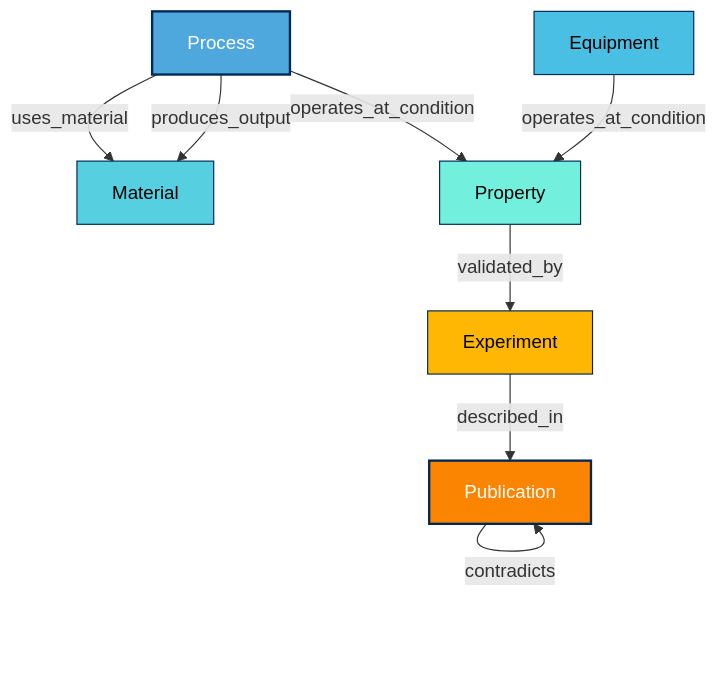
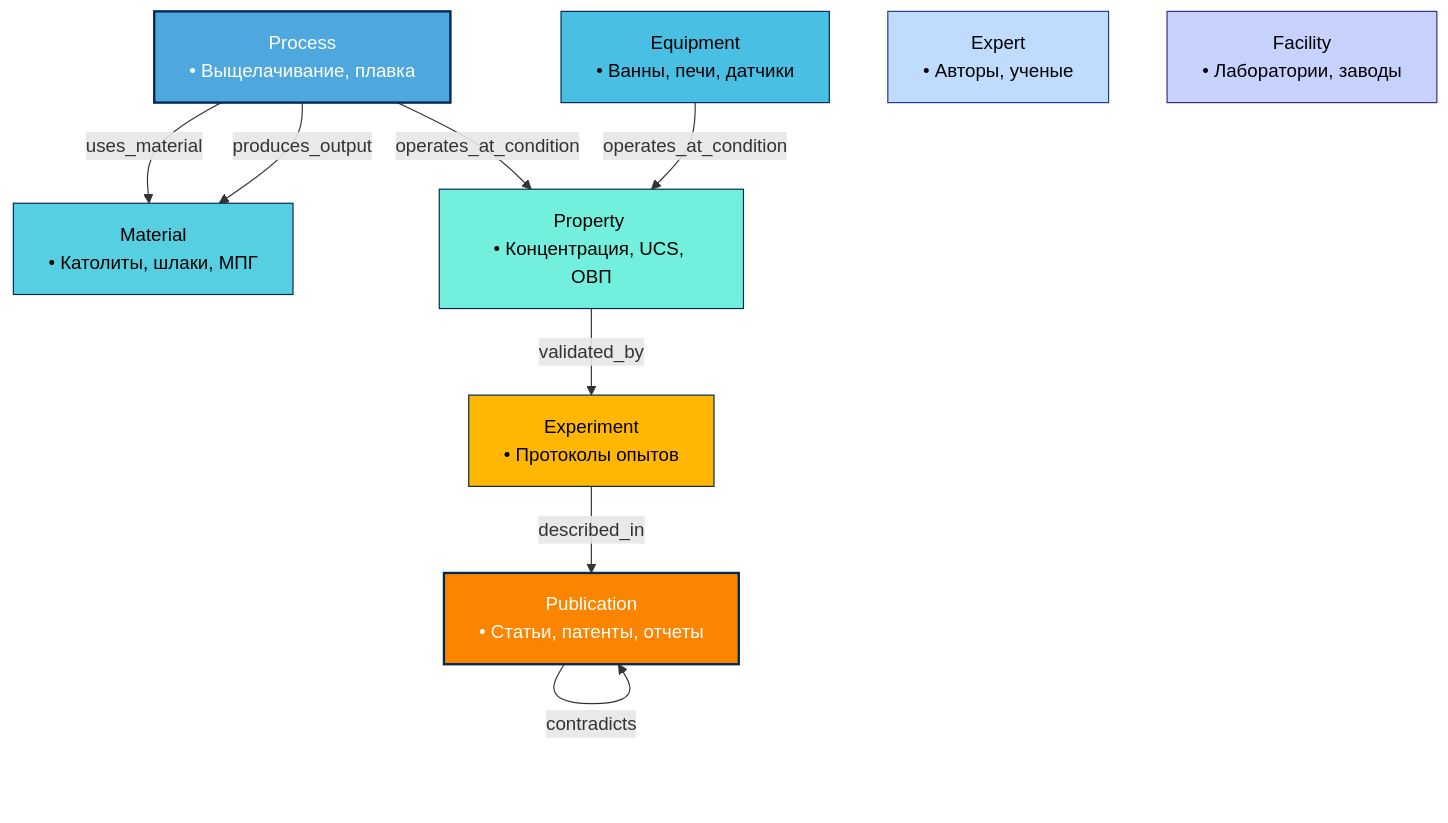
Before and after one commit to Favck/nornickel-scientific-knot: the diagram in README.md, drawn with Mermaid.

````diff
--- a/README.md
+++ b/README.md
@@ -4,27 +4,31 @@
 ```mermaid
 graph TD
-    %% Определение классов онтологии
-    Process[Process]
-    Material[Material]
-    Property[Property]
-    Equipment[Equipment]
-    Experiment[Experiment]
-    Publication[Publication]
+    %% Определение ВСЕХ 8 классов онтологии по ТЗ
+    Process[Process <br>• Выщелачивание, плавка]
+    Material[Material <br>• Католиты, шлаки, МПГ]
+    Property[Property <br>• Концентрация, UCS, ОВП]
+    Equipment[Equipment <br>• Ванны, печи, датчики]
+    Experiment[Experiment <br>• Протоколы опытов]
+    Publication[Publication <br>• Статьи, патенты, отчеты]
+    Expert[Expert <br>• Авторы, ученые]
+    Facility[Facility <br>• Лаборатории, заводы]
 
-    %% Настройка связей по ТЗ
+    %% Настройка связей (Разрешенные 6 типов отношений)
     Process -->|uses_material| Material
     Process -->|operates_at_condition| Property
     Process -->|produces_output| Material
+    Equipment -->|operates_at_condition| Property
     Property -->|validated_by| Experiment
     Experiment -->|described_in| Publication
     Publication -->|contradicts| Publication
-    Equipment -->|operates_at_condition| Property
 
-    %% Стилизация для красивого отображения в GitHub
+    %% Стилизация всех 8 классов для красивого отображения в интерфейсе GitHub
     style Process fill:#4EA8DE,stroke:#002855,stroke-width:2px,color:#fff
     style Material fill:#56CFE1,stroke:#002855,stroke-width:1px,color:#000
     style Property fill:#72EFDD,stroke:#002855,stroke-width:1px,color:#000
     style Equipment fill:#48BFE3,stroke:#002855,stroke-width:1px,color:#000
     style Experiment fill:#FFB703,stroke:#002855,stroke-width:1px,color:#000
     style Publication fill:#FB8500,stroke:#002855,stroke-width:2px,color:#fff
+    style Expert fill:#bfdbfe,stroke:#1e3a8a,stroke-width:1px,color:#000
+    style Facility fill:#c7d2fe,stroke:#312e81,stroke-width:1px,color:#000
 ```
````
